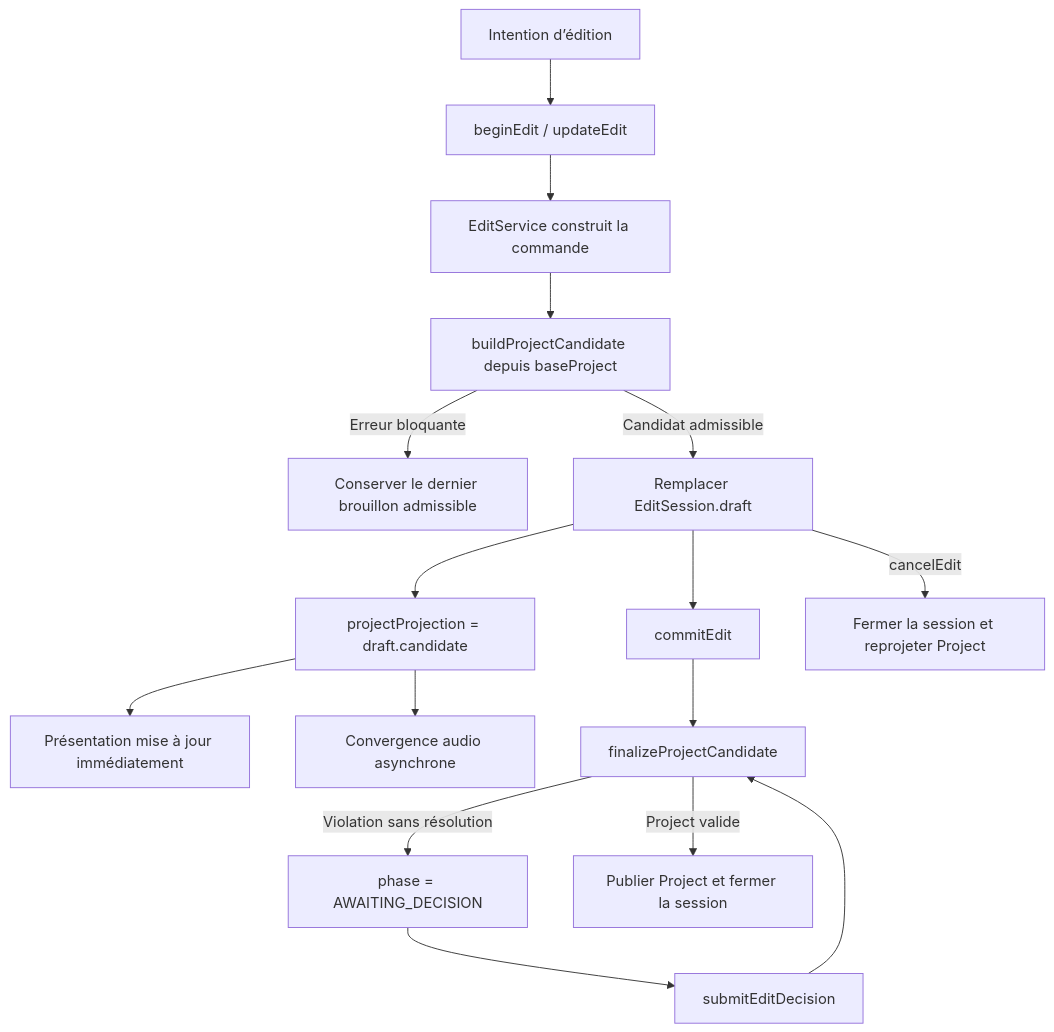
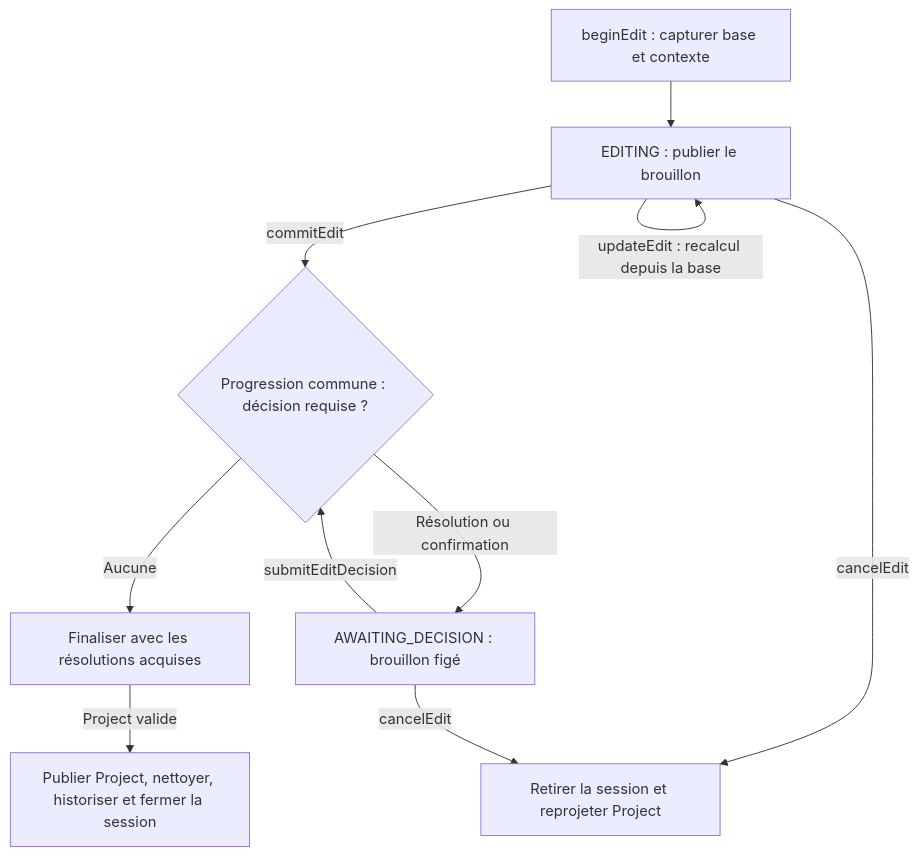
Before and after one commit to LucasBertrand/pianola-doc: the third of 5 diagrams in architecture.md, drawn with Mermaid. The commit also changed other lines of this file and 1 other file, not shown here.

Commit message:
docs: simplify edit sessions, decisions and publication lifecycle

````diff
--- a/architecture.md
+++ b/architecture.md
@@ -917,18 +951,12 @@
 ```mermaid
 flowchart TD
-    A["Intention d’édition"] --> B["beginEdit / updateEdit"]
-    B --> C["EditService construit la commande"]
-    C --> D["buildProjectCandidate depuis baseProject"]
-    D -->|Erreur bloquante| E["Conserver le dernier brouillon admissible"]
-    D -->|Candidat admissible| F["Remplacer EditSession.draft"]
-    F --> G["projectProjection = draft.candidate"]
-    G --> H["Présentation mise à jour immédiatement"]
-    G --> I["Convergence audio asynchrone"]
-    F --> J["commitEdit"]
-    J --> K["finalizeProjectCandidate"]
-    K -->|Violation sans résolution| L["phase = AWAITING_DECISION"]
-    L --> M["submitEditDecision"]
-    M --> K
-    K -->|Project valide| N["Publier Project et fermer la session"]
-    F -->|cancelEdit| P["Fermer la session et reprojeter Project"]
+    Begin["beginEdit : capturer base et contexte"] --> Draft["EDITING : publier le brouillon"]
+    Draft -->|updateEdit : recalcul depuis la base| Draft
+    Draft -->|commitEdit| Advance{"Progression commune : décision requise ?"}
+    Advance -->|Résolution ou confirmation| Wait["AWAITING_DECISION : brouillon figé"]
+    Wait -->|submitEditDecision| Advance
+    Advance -->|Aucune| Finalize["Finaliser avec les résolutions acquises"]
+    Finalize -->|Project valide| Commit["Publier Project, nettoyer, historiser et fermer la session"]
+    Draft -->|cancelEdit| Cancel["Retirer la session et reprojeter Project"]
+    Wait -->|cancelEdit| Cancel
 ```
````
